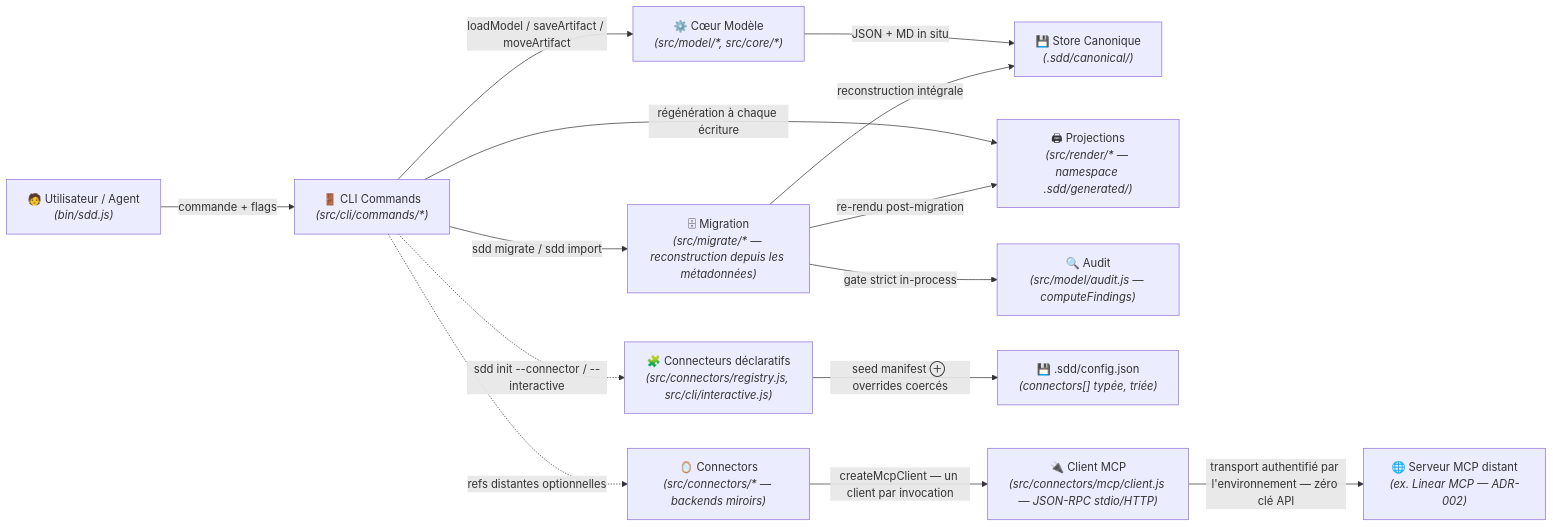
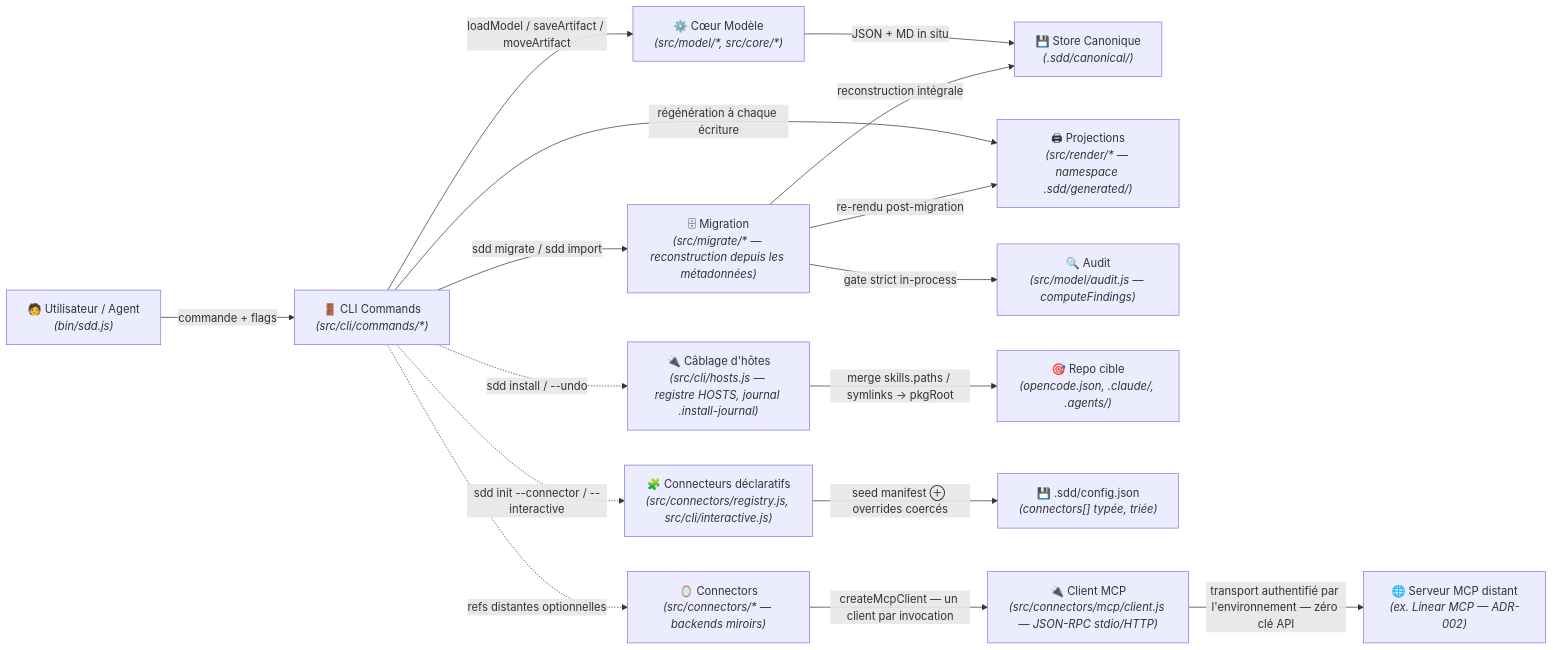
One commit to ngdo-pro/sdd changed the diagram in .sdd/knowledge/domains/spec-model/tech.md. Above: the diagram before and after it, drawn with Mermaid. The commit also changed other lines of this file and 21 other files, not shown here.

First line of the commit message:
feat(cli): commande sdd install + rebrand shodo (spec 008)

````diff
--- a/.sdd/knowledge/domains/spec-model/tech.md
+++ b/.sdd/knowledge/domains/spec-model/tech.md
@@ -10,17 +10,19 @@
 ```mermaid
 flowchart LR
     U["🧑 Utilisateur / Agent<br><i>(bin/sdd.js)</i>"]
     -->|commande + flags| CLI["🚪 CLI Commands<br><i>(src/cli/commands/*)</i>"]
     CLI -->|loadModel / saveArtifact / moveArtifact| Core["⚙️ Cœur Modèle<br><i>(src/model/*, src/core/*)</i>"]
     Core -->|JSON + MD in situ| Disk["💾 Store Canonique<br><i>(.sdd/canonical/)</i>"]
     CLI -->|régénération à chaque écriture| Render["🖨 Projections<br><i>(src/render/* — namespace .sdd/generated/)</i>"]
     CLI -->|sdd migrate / sdd import| Migrate["🗄 Migration<br><i>(src/migrate/* — reconstruction depuis les métadonnées)</i>"]
     Migrate -->|reconstruction intégrale| Disk
     Migrate -->|gate strict in-process| Audit["🔍 Audit<br><i>(src/model/audit.js — computeFindings)</i>"]
     Migrate -->|re-rendu post-migration| Render
+    CLI -.->|sdd install / --undo| Hosts["🔌 Câblage d'hôtes<br><i>(src/cli/hosts.js — registre HOSTS, journal .install-journal)</i>"]
+    Hosts -->|merge skills.paths / symlinks → pkgRoot| Target["🎯 Repo cible<br><i>(opencode.json, .claude/, .agents/)</i>"]
     CLI -.->|sdd init --connector / --interactive| Declar["🧩 Connecteurs déclaratifs<br><i>(src/connectors/registry.js, src/cli/interactive.js)</i>"]
     Declar -->|seed manifest ⊕ overrides coercés| Config["💾 .sdd/config.json<br><i>(connectors[] typée, triée)</i>"]
     CLI -.->|refs distantes optionnelles| Mirror["🪞 Connectors<br><i>(src/connectors/* — backends miroirs)</i>"]
     Mirror -->|createMcpClient — un client par invocation| MCP["🔌 Client MCP<br><i>(src/connectors/mcp/client.js — JSON-RPC stdio/HTTP)</i>"]
     MCP -->|transport authentifié par l'environnement — zéro clé API| Env["🌐 Serveur MCP distant<br><i>(ex. Linear MCP — ADR-002)</i>"]
 ```
````
